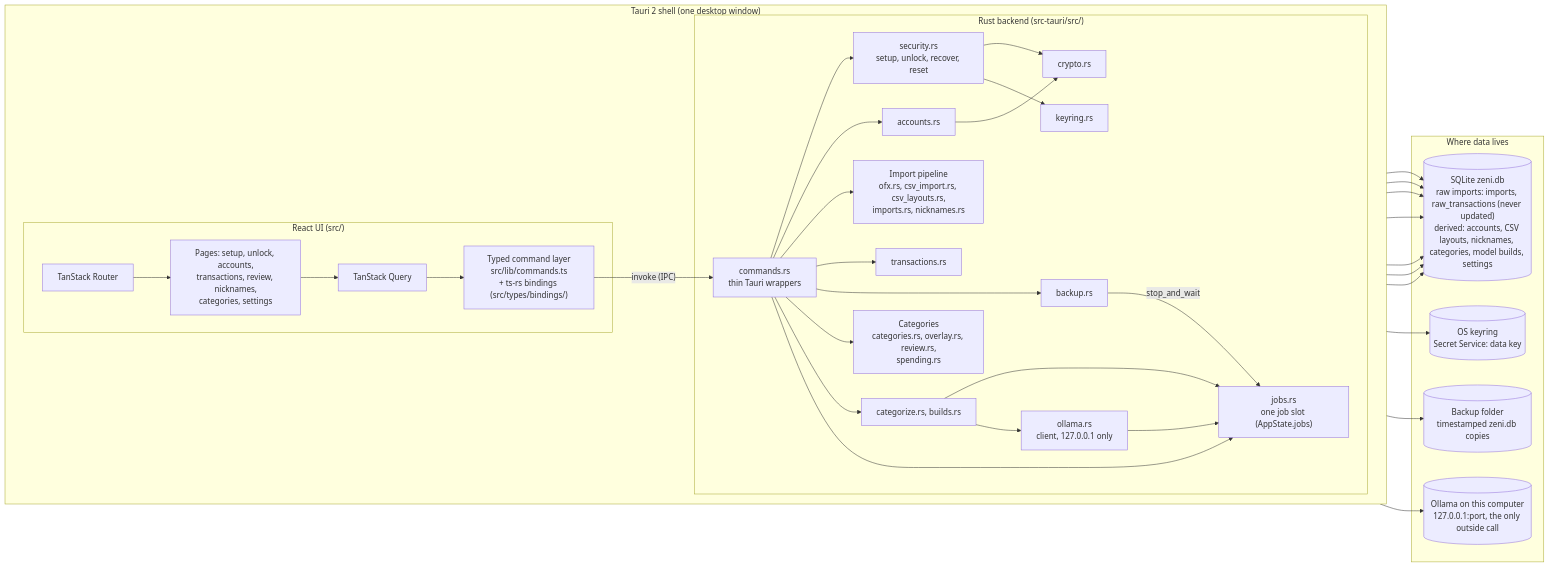
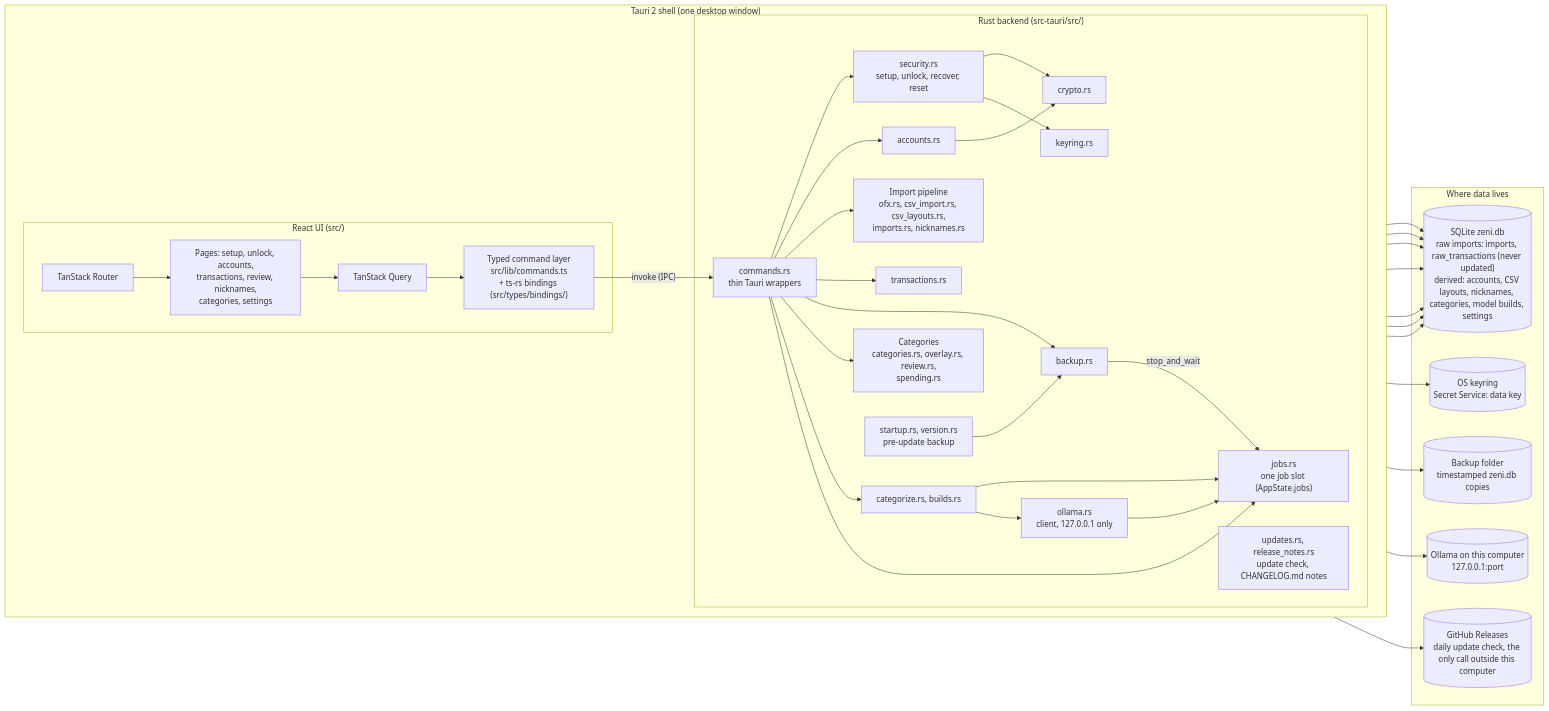
The first of 6 diagrams in docs/architecture.md (Sherlock64/zeni), drawn with Mermaid before and after one commit. The commit also changed other lines of this file and 72 other files, not shown here.

````diff
--- a/docs/architecture.md
+++ b/docs/architecture.md
@@ -7,46 +7,51 @@
 ```mermaid
 flowchart LR
   subgraph Shell["Tauri 2 shell (one desktop window)"]
     direction LR
     subgraph UI["React UI (src/)"]
       Pages["Pages: setup, unlock, accounts,<br/>transactions, review, nicknames,<br/>categories, settings"]
       Router["TanStack Router"]
       Query["TanStack Query"]
       Cmds["Typed command layer<br/>src/lib/commands.ts<br/>+ ts-rs bindings (src/types/bindings/)"]
       Router --> Pages
       Pages --> Query --> Cmds
     end
     subgraph Rust["Rust backend (src-tauri/src/)"]
       Wrappers["commands.rs<br/>thin Tauri wrappers"]
       Security["security.rs<br/>setup, unlock, recover, reset"]
       Crypto["crypto.rs"]
       Keyring["keyring.rs"]
       Accounts["accounts.rs"]
       Import["Import pipeline<br/>ofx.rs, csv_import.rs, csv_layouts.rs,<br/>imports.rs, nicknames.rs"]
       Tx["transactions.rs"]
       Backup["backup.rs"]
       Cat["Categories<br/>categories.rs, overlay.rs, review.rs,<br/>spending.rs"]
       Jobs["jobs.rs<br/>one job slot (AppState.jobs)"]
       Run["categorize.rs, builds.rs"]
+      Start["startup.rs, version.rs<br/>pre-update backup"]
+      Updates["updates.rs, release_notes.rs<br/>update check, CHANGELOG.md notes"]
       Oll["ollama.rs<br/>client, 127.0.0.1 only"]
       Wrappers --> Security & Accounts & Import & Tx & Backup & Cat & Run & Jobs
       Run --> Jobs & Oll
       Oll --> Jobs
       Backup -- "stop_and_wait" --> Jobs
       Security --> Crypto & Keyring
       Accounts --> Crypto
     end
     Cmds -- "invoke (IPC)" --> Wrappers
   end
   subgraph Data["Where data lives"]
     DB[("SQLite zeni.db<br/>raw imports: imports, raw_transactions (never updated)<br/>derived: accounts, CSV layouts, nicknames, categories, model builds, settings")]
     OSK[("OS keyring<br/>Secret Service: data key")]
     BK[("Backup folder<br/>timestamped zeni.db copies")]
-    OL[("Ollama on this computer<br/>127.0.0.1:port, the only outside call")]
+    OL[("Ollama on this computer<br/>127.0.0.1:port")]
+    GH[("GitHub Releases<br/>daily update check, the only call outside this computer")]
   end
   Oll --> OL
+  Updates --> GH
   Accounts & Import & Tx & Security & Cat & Run --> DB
   Keyring --> OSK
   Backup --> BK
+  Start --> Backup
   Backup --> DB
 ```
````
